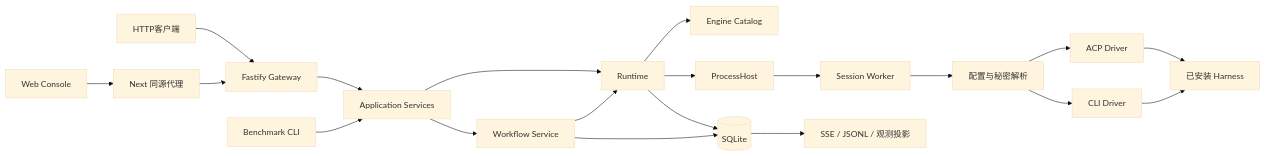
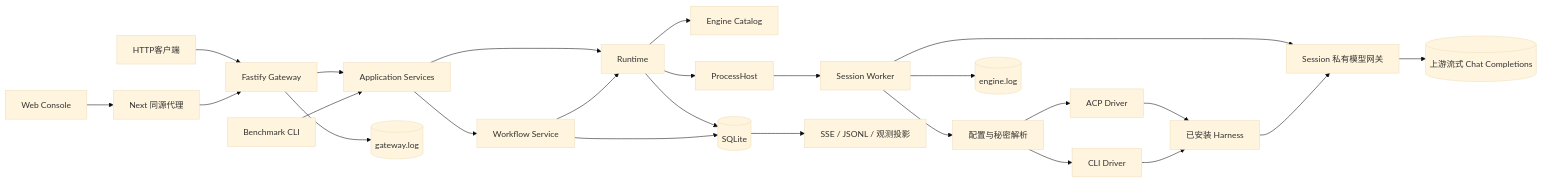
Before and after one commit to wyzz973/HarnessHub: the first of 2 diagrams in docs/architecture.md, drawn with Mermaid (base theme). The commit also changed other lines of this file and 3 other files, not shown here.

First line of the commit message:
docs: fold the model gateway, logging and preinstalled packs into the baseline

````diff
--- a/docs/architecture.md
+++ b/docs/architecture.md
@@ -7,22 +7,27 @@
 ```mermaid
 flowchart LR
   UI[Web Console] --> Proxy[Next 同源代理]
   Client[HTTP客户端] --> Gateway
   Proxy --> Gateway[Fastify Gateway]
   Gateway --> App[Application Services]
   Benchmark[Benchmark CLI] --> App
   App --> Runtime[Runtime]
   App --> Workflow[Workflow Service]
   Workflow --> Runtime
   Runtime --> Catalog[Engine Catalog]
   Runtime --> Store[(SQLite)]
   Workflow --> Store
   Runtime --> Host[ProcessHost]
   Host --> Worker[Session Worker]
   Worker --> Prepare[配置与秘密解析]
   Prepare --> ACP[ACP Driver]
   Prepare --> CLI[CLI Driver]
+  Worker --> ModelGateway[Session 私有模型网关]
   ACP --> Harness[已安装 Harness]
   CLI --> Harness
+  Harness --> ModelGateway
+  ModelGateway --> Upstream[(上游流式 Chat Completions)]
   Store --> Events[SSE / JSONL / 观测投影]
+  Gateway --> GatewayLog[(gateway.log)]
+  Worker --> EngineLog[(engine.log)]
 ```
````
